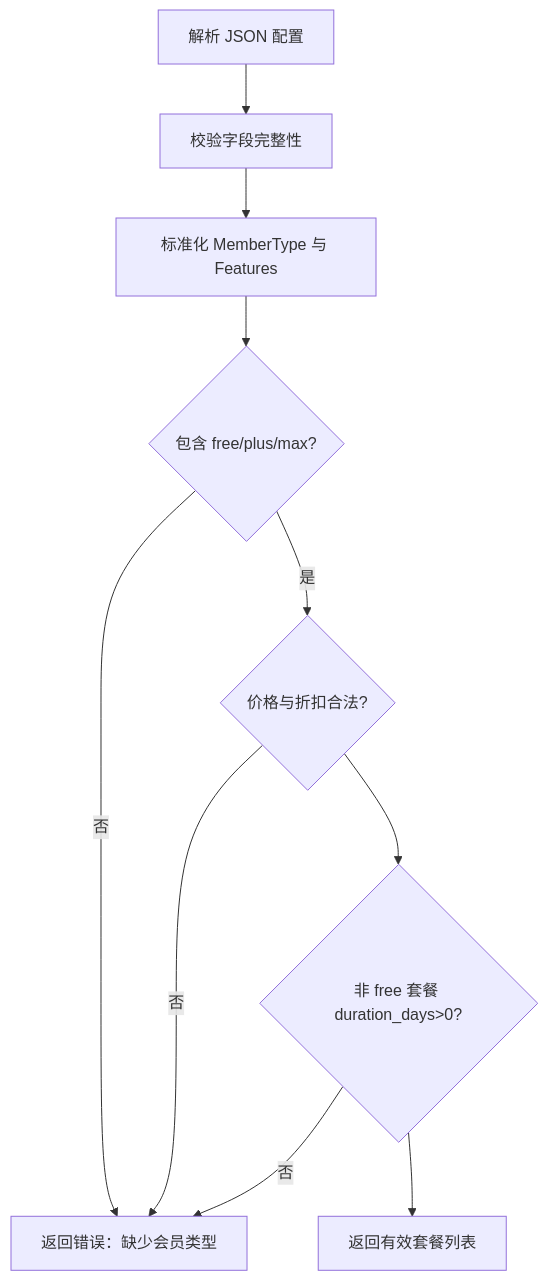
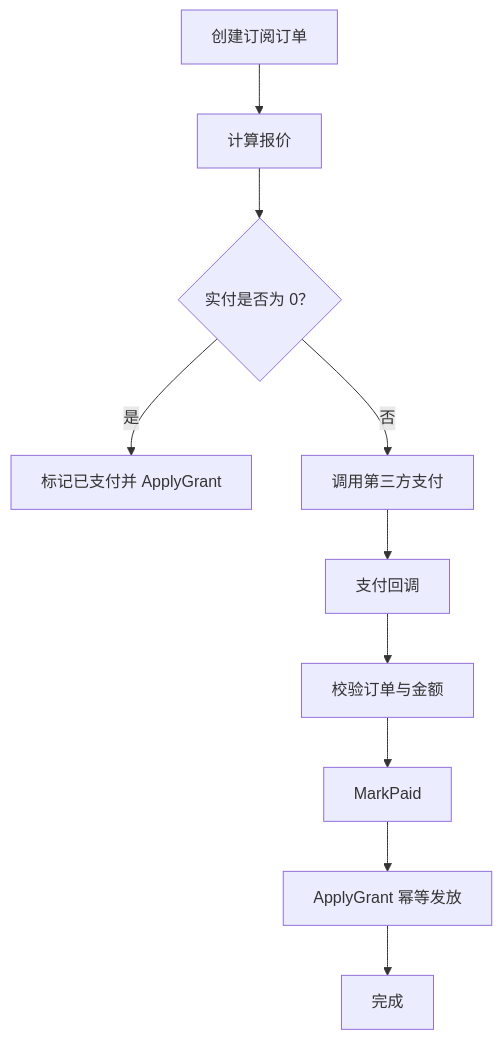
Before and after one commit to alvinwangzi/goodhr: the fifth of 9 diagrams in .qoder/repowiki/zh/content/云端后端服务/支付订阅系统/订阅策略管理.md, drawn with Mermaid. The commit also changed other lines of this file and 149 other files, not shown here.

````diff
--- a/.qoder/repowiki/zh/content/云端后端服务/支付订阅系统/订阅策略管理.md
+++ b/.qoder/repowiki/zh/content/云端后端服务/支付订阅系统/订阅策略管理.md
@@ -155,12 +224,12 @@
 ```mermaid
 flowchart TD
-Parse["解析 JSON 配置"] --> ValidateFields["校验字段完整性"]
-ValidateFields --> Normalize["标准化 MemberType 与 Features"]
-Normalize --> CheckTypes{"包含 free/plus/max?"}
-CheckTypes --> |否| Error["返回错误：缺少会员类型"]
-CheckTypes --> |是| PriceCheck{"价格与折扣合法?"}
-PriceCheck --> |否| Error
-PriceCheck --> DurationCheck{"非 free 套餐 duration_days>0?"}
-DurationCheck --> |否| Error
-DurationCheck --> Done["返回有效套餐列表"]
+CreateOrder["创建订阅订单"] --> Quote["计算报价"]
+Quote --> AmountZero{"实付是否为 0？"}
+AmountZero --> |是| DirectPay["标记已支付并 ApplyGrant"]
+AmountZero --> |否| ThirdParty["调用第三方支付"]
+ThirdParty --> Callback["支付回调"]
+Callback --> Validate["校验订单与金额"]
+Validate --> Paid["MarkPaid"]
+Paid --> Apply["ApplyGrant 幂等发放"]
+Apply --> Done["完成"]
 ```
````
